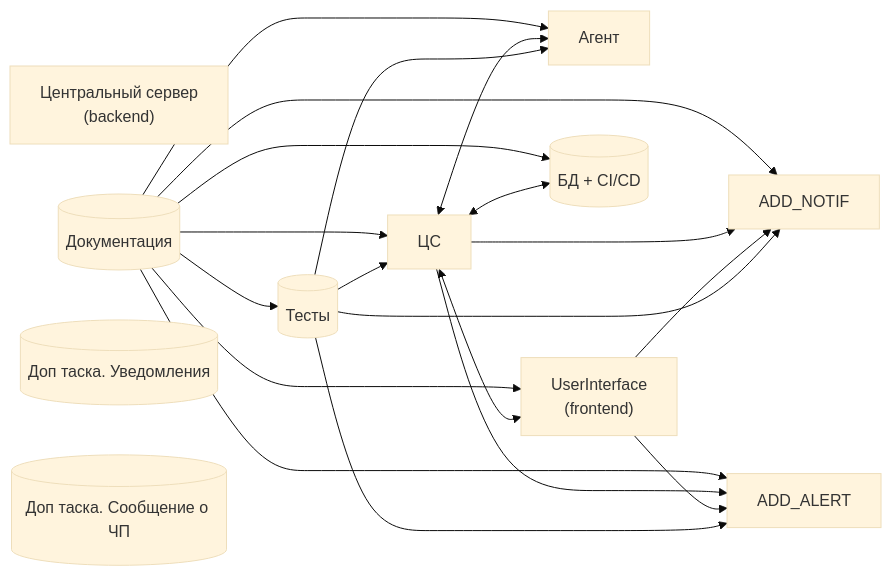
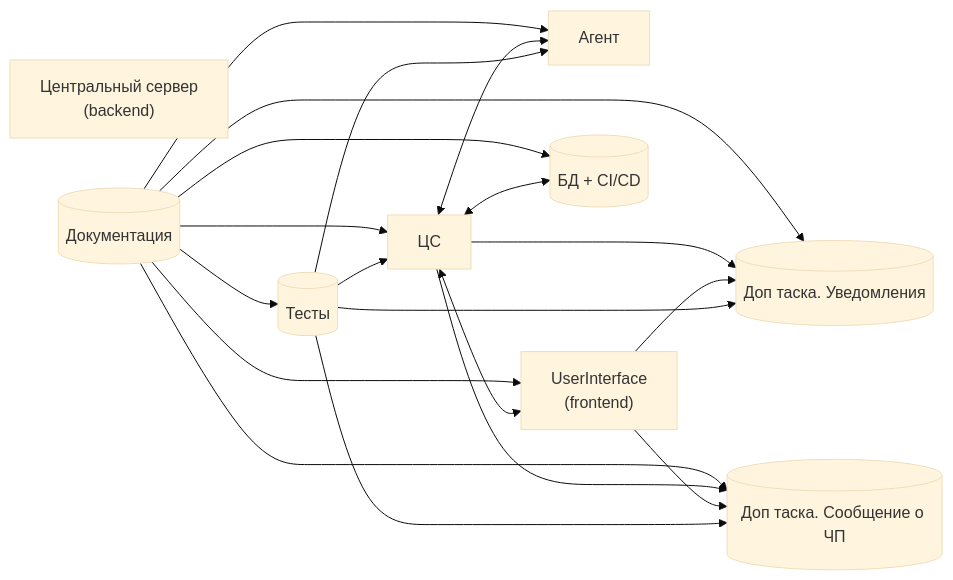
The diagram in Domains.md (StasErling/servicehealthmonitoring), drawn with Mermaid (base theme) before and after one commit.

Commit message:
fix misprint. update Domains.md.

````diff
--- a/Domains.md
+++ b/Domains.md
@@ -33,35 +33,35 @@
 ```mermaid
 graph LR
 
     AG["Агент"]
     CS["Центральный сервер<br/>(backend)"]
     UI["UserInterface<br/>(frontend)"]
     DB[("БД + CI/CD")]
     TESTS[("Тесты")]
     DOCS[("Документация")]
-    NOTIF[("Доп таска. Уведомления")]
-    ALERT[("Доп таска. Сообщение о ЧП")]
+    ADD_NOTIF[("Доп таска. Уведомления")]
+    ADD_ALERT[("Доп таска. Сообщение о ЧП")]
 
     DOCS --> AG
     DOCS --> ЦС
     DOCS --> UI
     DOCS --> DB
     DOCS --> ADD_NOTIF
     DOCS --> ADD_ALERT
     DOCS --> TESTS
 
     ЦС <--> AG
     ЦС <--> UI
     ЦС <--> DB
 
     ЦС --> ADD_NOTIF
     ЦС --> ADD_ALERT
     UI --> ADD_NOTIF
     UI --> ADD_ALERT
 
     TESTS --> AG
     TESTS --> ЦС
     TESTS --> ADD_NOTIF
     TESTS --> ADD_ALERT
 
 ```
````
